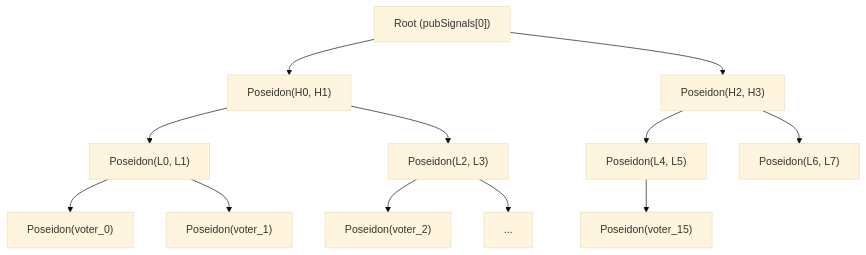
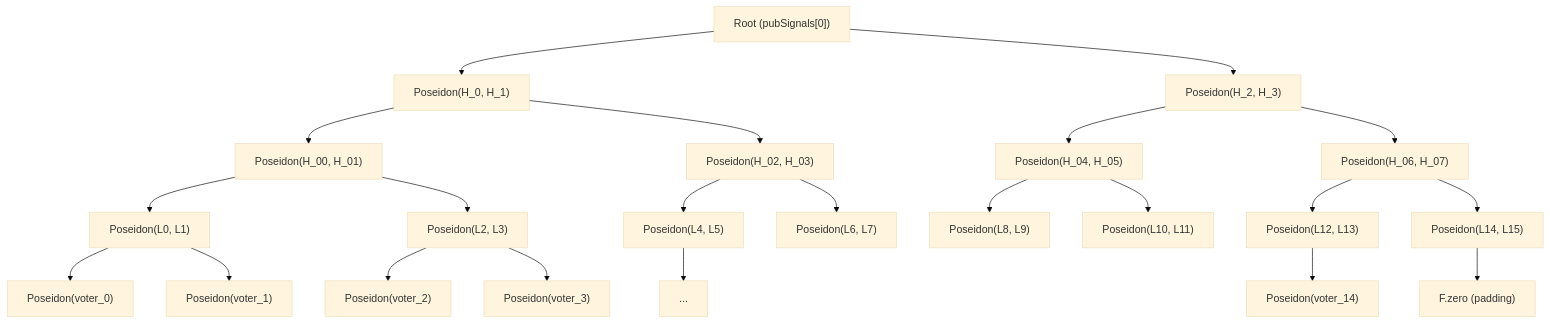
The second of 2 diagrams in docs/architecture.md (CompSci-Squad/pi-votacao-zk-circuits), drawn with Mermaid (base theme) before and after one commit. The commit also changed other lines of this file and 3 other files, not shown here.

````diff
--- a/docs/architecture.md
+++ b/docs/architecture.md
@@ -57,28 +57,48 @@
 ```mermaid
 graph TD
     ROOT["Root (pubSignals[0])"]
-    H01["Poseidon(H0, H1)"]
-    H23["Poseidon(H2, H3)"]
-    H0["Poseidon(L0, L1)"]
-    H1["Poseidon(L2, L3)"]
-    H2["Poseidon(L4, L5)"]
-    H3["Poseidon(L6, L7)"]
+    H_01["Poseidon(H_0, H_1)"]
+    H_23["Poseidon(H_2, H_3)"]
+    H_0["Poseidon(H_00, H_01)"]
+    H_1["Poseidon(H_02, H_03)"]
+    H_2["Poseidon(H_04, H_05)"]
+    H_3["Poseidon(H_06, H_07)"]
+    H_00["Poseidon(L0, L1)"]
+    H_01b["Poseidon(L2, L3)"]
+    H_02["Poseidon(L4, L5)"]
+    H_03["Poseidon(L6, L7)"]
+    H_04["Poseidon(L8, L9)"]
+    H_05["Poseidon(L10, L11)"]
+    H_06["Poseidon(L12, L13)"]
+    H_07["Poseidon(L14, L15)"]
 
     L0["Poseidon(voter_0)"]
     L1["Poseidon(voter_1)"]
     L2["Poseidon(voter_2)"]
+    L3["Poseidon(voter_3)"]
     LN["..."]
-    L15["Poseidon(voter_15)"]
+    L14["Poseidon(voter_14)"]
+    L15["F.zero (padding)"]
 
-    ROOT --> H01
-    ROOT --> H23
-    H01 --> H0
-    H01 --> H1
-    H23 --> H2
-    H23 --> H3
-    H0 --> L0
-    H0 --> L1
-    H1 --> L2
-    H1 --> LN
-    H2 --> L15
+    ROOT --> H_01
+    ROOT --> H_23
+    H_01 --> H_0
+    H_01 --> H_1
+    H_23 --> H_2
+    H_23 --> H_3
+    H_0 --> H_00
+    H_0 --> H_01b
+    H_1 --> H_02
+    H_1 --> H_03
+    H_2 --> H_04
+    H_2 --> H_05
+    H_3 --> H_06
+    H_3 --> H_07
+    H_00 --> L0
+    H_00 --> L1
+    H_01b --> L2
+    H_01b --> L3
+    H_02 --> LN
+    H_06 --> L14
+    H_07 --> L15
 ```
````
